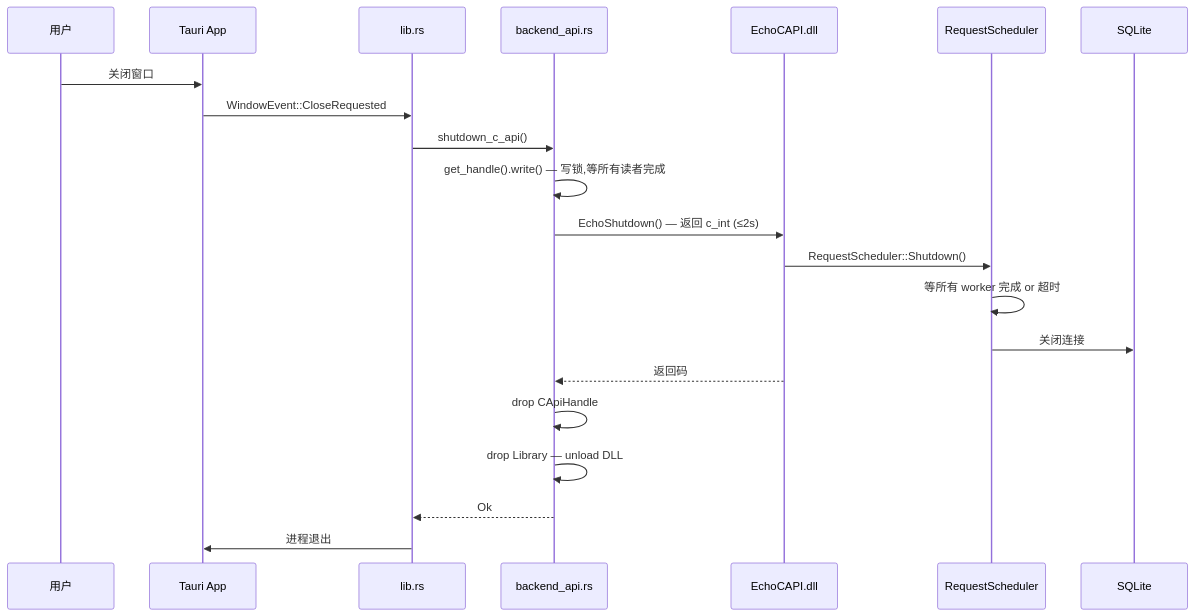
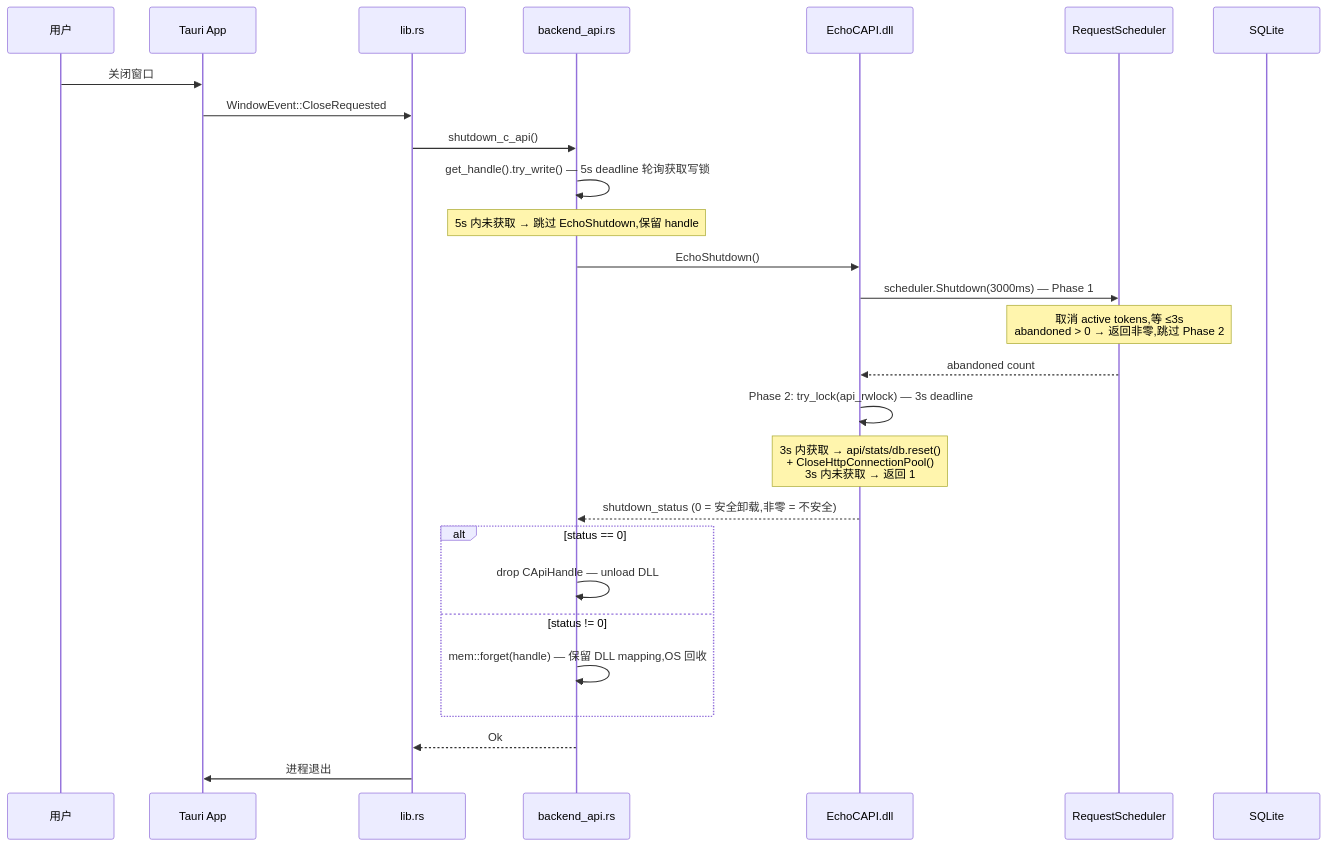
Before and after one commit to Ningbottle/BottlePlayer: the fourth of 4 diagrams in docs/wiki/architecture.md, drawn with Mermaid. The commit also changed other lines of this file and 8 other files, not shown here.

````diff
--- a/docs/wiki/architecture.md
+++ b/docs/wiki/architecture.md
@@ -179,24 +180,30 @@
 ```mermaid
 sequenceDiagram
     participant User as 用户
     participant App as Tauri App
     participant Lib as lib.rs
     participant BA as backend_api.rs
     participant DLL as EchoCAPI.dll
     participant Sched as RequestScheduler
     participant DB as SQLite
 
     User->>App: 关闭窗口
     App->>Lib: WindowEvent::CloseRequested
     Lib->>BA: shutdown_c_api()
-    BA->>BA: get_handle().write() — 写锁,等所有读者完成
-    BA->>DLL: EchoShutdown() — 返回 c_int (≤2s)
-    DLL->>Sched: RequestScheduler::Shutdown()
-    Sched->>Sched: 等所有 worker 完成 or 超时
-    Sched->>DB: 关闭连接
-    DLL-->>BA: 返回码
-    BA->>BA: drop CApiHandle
-    BA->>BA: drop Library — unload DLL
+    BA->>BA: get_handle().try_write() — 5s deadline 轮询获取写锁
+    Note over BA: 5s 内未获取 → 跳过 EchoShutdown,保留 handle
+    BA->>DLL: EchoShutdown()
+    DLL->>Sched: scheduler.Shutdown(3000ms) — Phase 1
+    Note over Sched: 取消 active tokens,等 ≤3s<br/>abandoned > 0 → 返回非零,跳过 Phase 2
+    Sched-->>DLL: abandoned count
+    DLL->>DLL: Phase 2: try_lock(api_rwlock) — 3s deadline
+    Note over DLL: 3s 内获取 → api/stats/db.reset()<br/>+ CloseHttpConnectionPool()<br/>3s 内未获取 → 返回 1
+    DLL-->>BA: shutdown_status (0 = 安全卸载,非零 = 不安全)
+    alt status == 0
+        BA->>BA: drop CApiHandle — unload DLL
+    else status != 0
+        BA->>BA: mem::forget(handle) — 保留 DLL mapping,OS 回收
+    end
     BA-->>Lib: Ok
     Lib->>App: 进程退出
 ```
````
